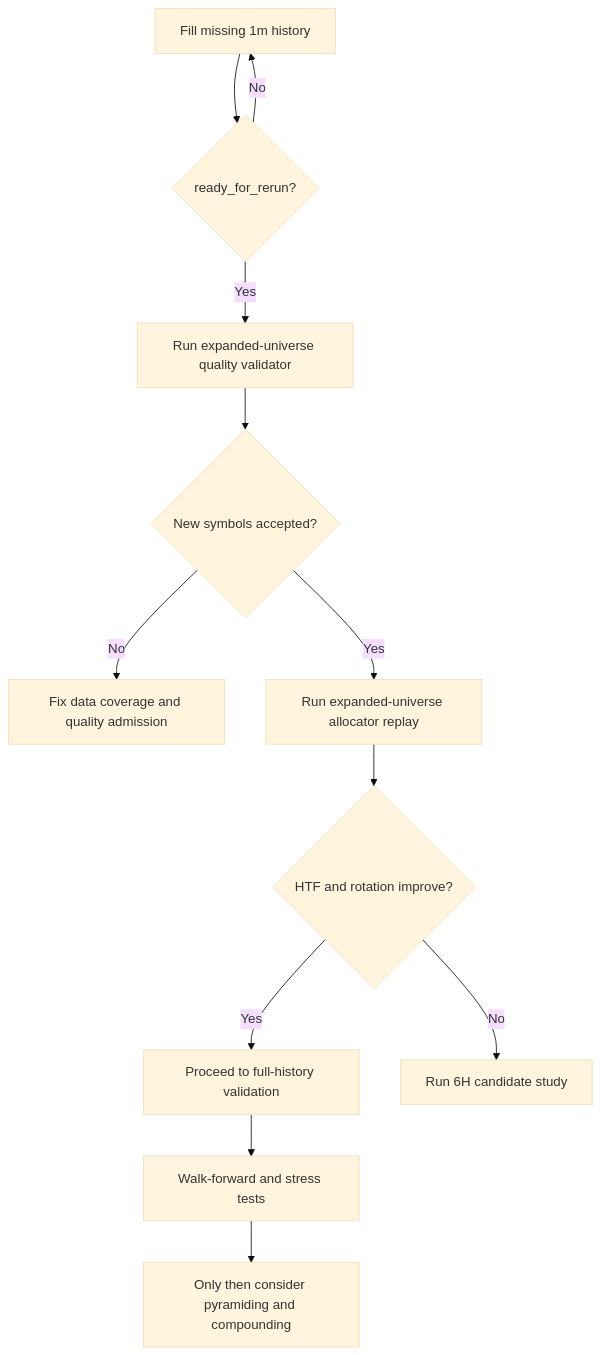
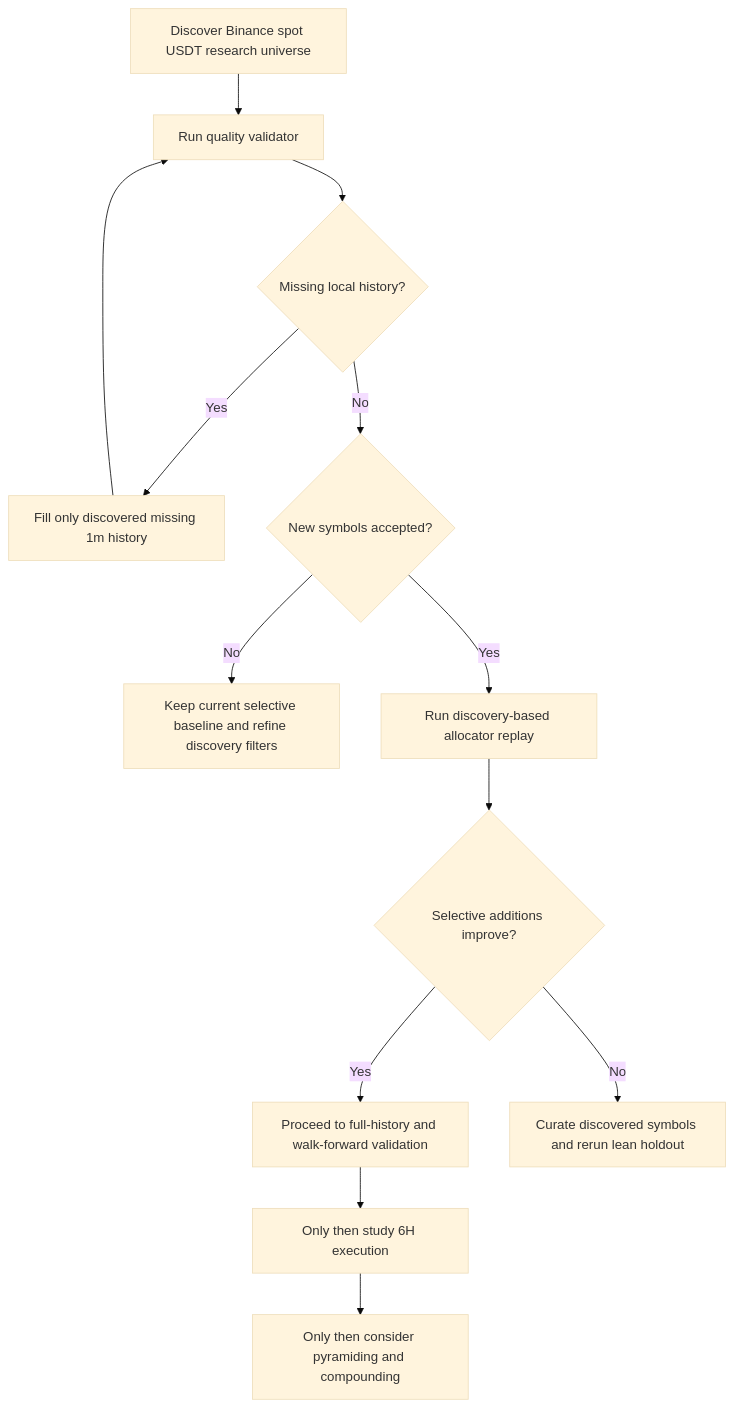
One commit to nneupane1/Retail-Trading-System changed the second of 3 diagrams in README.md. Above: the diagram before and after it, drawn with Mermaid (base theme). The commit also changed other lines of this file and 9 other files, not shown here.

Commit message:
Add Binance-driven universe discovery workflow

````diff
--- a/README.md
+++ b/README.md
@@ -1062,14 +1091,15 @@
 ```mermaid
 flowchart TD
-    A[Fill missing 1m history] --> B{ready_for_rerun?}
-    B -- No --> A
-    B -- Yes --> C[Run expanded-universe quality validator]
-    C --> D{New symbols accepted?}
-    D -- No --> E[Fix data coverage and quality admission]
-    D -- Yes --> F[Run expanded-universe allocator replay]
-    F --> G{HTF and rotation improve?}
-    G -- Yes --> H[Proceed to full-history validation]
-    G -- No --> I[Run 6H candidate study]
-    H --> J[Walk-forward and stress tests]
-    J --> K[Only then consider pyramiding and compounding]
+    A[Discover Binance spot USDT research universe] --> B[Run quality validator]
+    B --> C{Missing local history?}
+    C -- Yes --> D[Fill only discovered missing 1m history]
+    D --> B
+    C -- No --> E{New symbols accepted?}
+    E -- No --> F[Keep current selective baseline and refine discovery filters]
+    E -- Yes --> G[Run discovery-based allocator replay]
+    G --> H{Selective additions improve?}
+    H -- Yes --> I[Proceed to full-history and walk-forward validation]
+    H -- No --> J[Curate discovered symbols and rerun lean holdout]
+    I --> K[Only then study 6H execution]
+    K --> L[Only then consider pyramiding and compounding]
 ```
````
